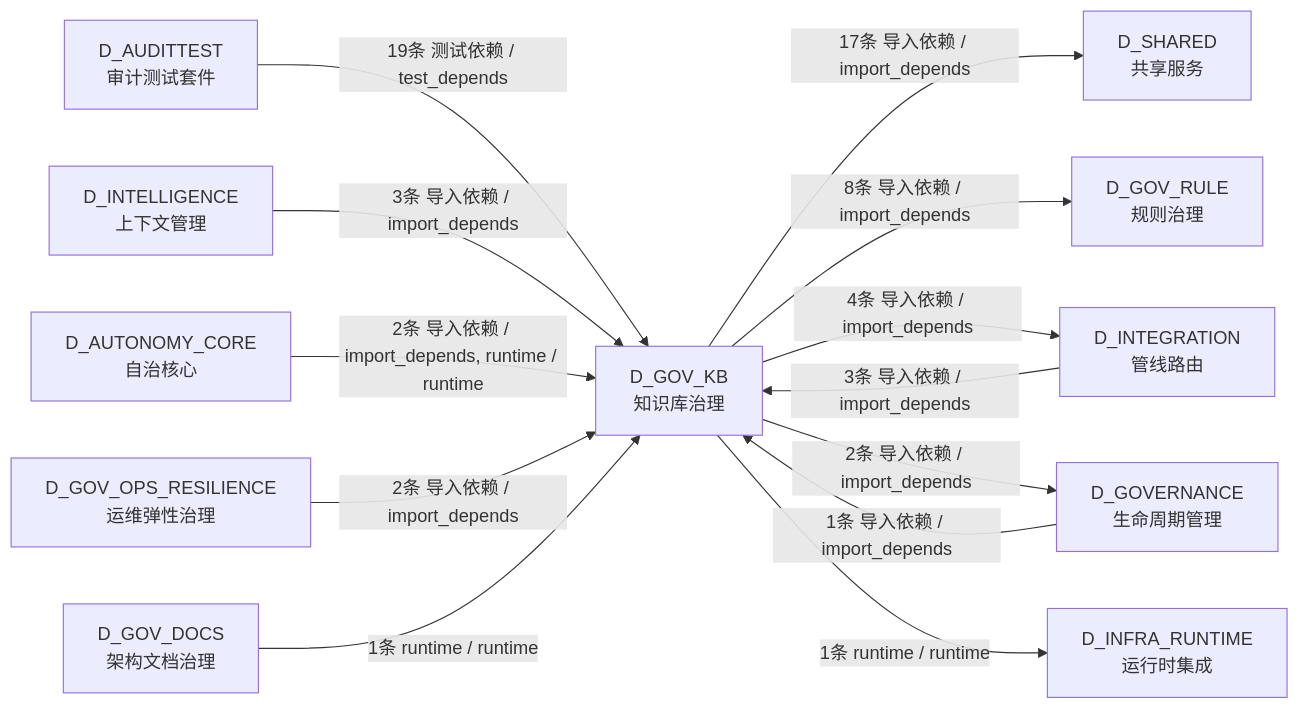
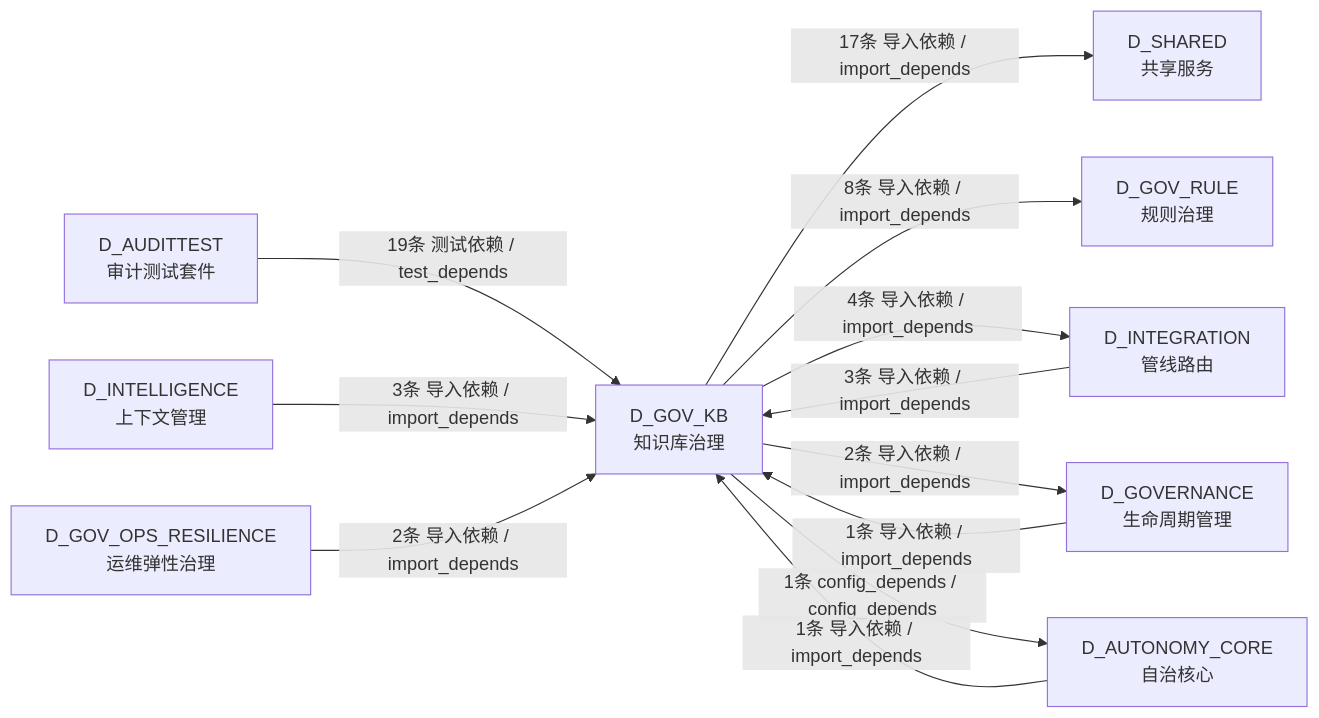
The fifth of 5 diagrams in docs/02_enterprise_architecture/02_domain_architecture_docs/41_d_gov_kb.md (xuanFelixVan/ZephyrAlpha), drawn with Mermaid before and after one commit. The commit also changed other lines of this file and 112 other files, not shown here.

````diff
--- a/docs/02_enterprise_architecture/02_domain_architecture_docs/41_d_gov_kb.md
+++ b/docs/02_enterprise_architecture/02_domain_architecture_docs/41_d_gov_kb.md
@@ -453,26 +442,23 @@
 ```mermaid
 graph LR
     D_GOV_KB["D_GOV_KB<br/>知识库治理"]
     D_SHARED["D_SHARED<br/>共享服务"]
     D_GOV_RULE["D_GOV_RULE<br/>规则治理"]
     D_INTEGRATION["D_INTEGRATION<br/>管线路由"]
     D_GOVERNANCE["D_GOVERNANCE<br/>生命周期管理"]
-    D_INFRA_RUNTIME["D_INFRA_RUNTIME<br/>运行时集成"]
+    D_AUTONOMY_CORE["D_AUTONOMY_CORE<br/>自治核心"]
     D_AUDITTEST["D_AUDITTEST<br/>审计测试套件"]
     D_INTELLIGENCE["D_INTELLIGENCE<br/>上下文管理"]
-    D_AUTONOMY_CORE["D_AUTONOMY_CORE<br/>自治核心"]
     D_GOV_OPS_RESILIENCE["D_GOV_OPS_RESILIENCE<br/>运维弹性治理"]
-    D_GOV_DOCS["D_GOV_DOCS<br/>架构文档治理"]
     D_GOV_KB -->|17条 导入依赖 / import_depends| D_SHARED
     D_GOV_KB -->|8条 导入依赖 / import_depends| D_GOV_RULE
     D_GOV_KB -->|4条 导入依赖 / import_depends| D_INTEGRATION
     D_GOV_KB -->|2条 导入依赖 / import_depends| D_GOVERNANCE
-    D_GOV_KB -->|1条 runtime / runtime| D_INFRA_RUNTIME
+    D_GOV_KB -->|1条 config_depends / config_depends| D_AUTONOMY_CORE
     D_AUDITTEST -->|19条 测试依赖 / test_depends| D_GOV_KB
     D_INTEGRATION -->|3条 导入依赖 / import_depends| D_GOV_KB
     D_INTELLIGENCE -->|3条 导入依赖 / import_depends| D_GOV_KB
-    D_AUTONOMY_CORE -->|2条 导入依赖 / import_depends, runtime / runtime| D_GOV_KB
     D_GOV_OPS_RESILIENCE -->|2条 导入依赖 / import_depends| D_GOV_KB
-    D_GOV_DOCS -->|1条 runtime / runtime| D_GOV_KB
+    D_AUTONOMY_CORE -->|1条 导入依赖 / import_depends| D_GOV_KB
     D_GOVERNANCE -->|1条 导入依赖 / import_depends| D_GOV_KB
 ```
````
